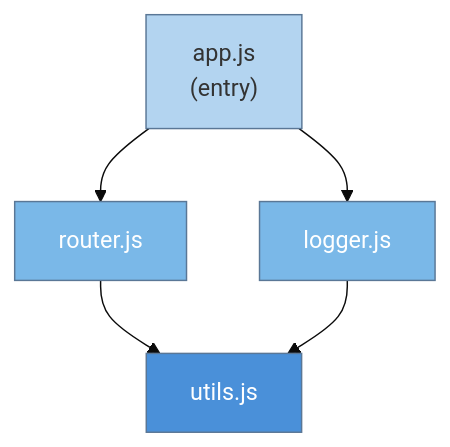
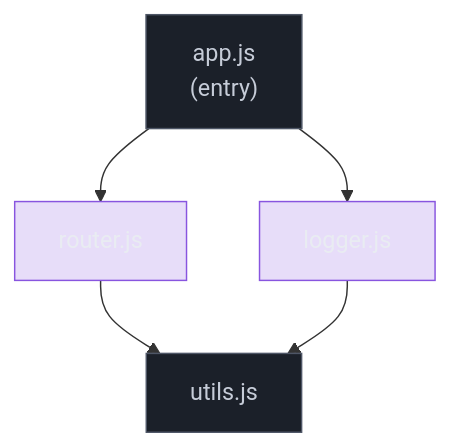
One commit to josenaldo/codex-technomanticus changed the second of 2 diagrams in 03-Dominios/Tecnologia/JavaScript/17 - Módulos ESM.md. Above: the diagram before and after it, drawn with Mermaid. The commit also changed other lines of this file and 1181 other files, not shown here.

First line of the commit message:
fix(diagramas): paleta do sistema no lugar de cor cravada no markdown

````diff
--- a/03-Dominios/Tecnologia/JavaScript/17 - Módulos ESM.md
+++ b/03-Dominios/Tecnologia/JavaScript/17 - Módulos ESM.md
@@ -212,13 +213,14 @@
 ```mermaid
-%%{init: {"theme": "base", "themeVariables": {"primaryColor": "#4A90D9"}}}%%
 flowchart TB
+    classDef neutro fill:#1B2029,stroke:#4E5666,color:#C6CCD8
+    classDef marca fill:#8855DF33,stroke:#8855DF,color:#E9ECF2
     A["app.js\n(entry)"] --> B["router.js"]
     A --> C["logger.js"]
     B --> D["utils.js"]
     C --> D
 
-    style D fill:#4A90D9,color:#fff
-    style B fill:#7ab8e8,color:#fff
-    style C fill:#7ab8e8,color:#fff
-    style A fill:#b3d4f0,color:#333
+    class D neutro
+    class B marca
+    class C marca
+    class A neutro
 ```
````
